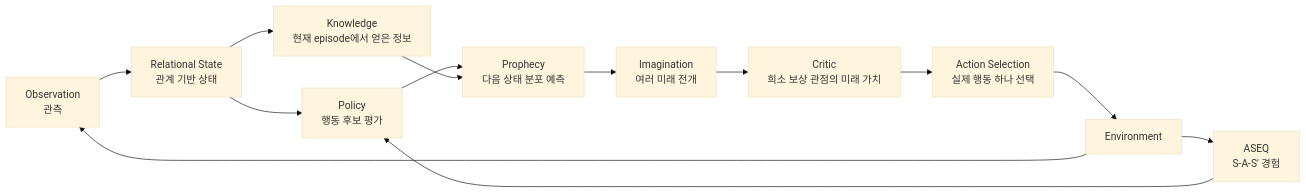
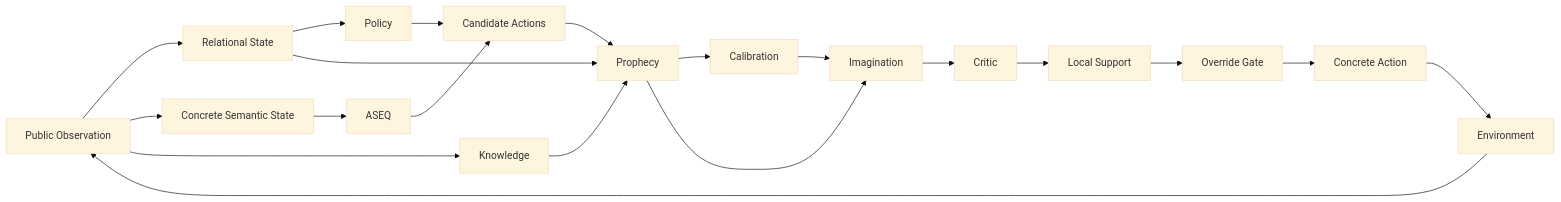
Before and after one commit to aether0xff-afk/AASSR: the diagram in wiki/Home.md, drawn with Mermaid (base theme). The commit also changed other lines of this file, not shown here.

Commit message:
docs: reorganize wiki home around research flow

````diff
--- a/wiki/Home.md
+++ b/wiki/Home.md
@@ -12,15 +40,22 @@
 ```mermaid
 flowchart LR
-    O[Observation<br/>관측] --> R[Relational State<br/>관계 기반 상태]
-    R --> P[Policy<br/>행동 후보 평가]
-    R --> K[Knowledge<br/>현재 episode에서 얻은 정보]
-    P --> W[Prophecy<br/>다음 상태 분포 예측]
+    O[Public Observation] --> R[Relational State]
+    O --> S[Concrete Semantic State]
+    R --> P[Policy]
+    S --> A[ASEQ]
+    O --> K[Knowledge]
+    P --> C[Candidate Actions]
+    A --> C
+    C --> W[Prophecy]
     K --> W
-    W --> I[Imagination<br/>여러 미래 전개]
-    I --> C[Critic<br/>희소 보상 관점의 미래 가치]
-    C --> A[Action Selection<br/>실제 행동 하나 선택]
-    A --> E[Environment]
+    R --> W
+    W --> CAL[Calibration]
+    W --> I[Imagination]
+    CAL --> I
+    I --> CR[Critic]
+    CR --> SUP[Local Support]
+    SUP --> G[Override Gate]
+    G --> ACT[Concrete Action]
+    ACT --> E[Environment]
     E --> O
-    E --> Q[ASEQ<br/>S-A-S' 경험]
-    Q --> P
 ```
````
